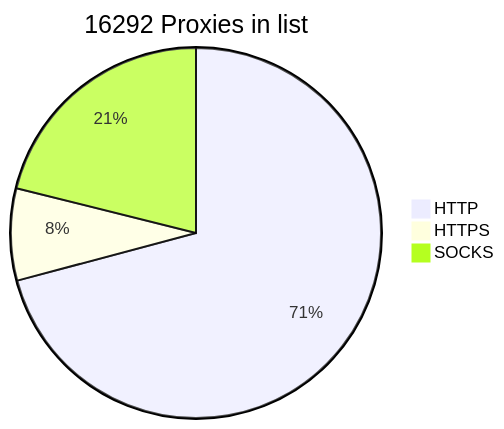
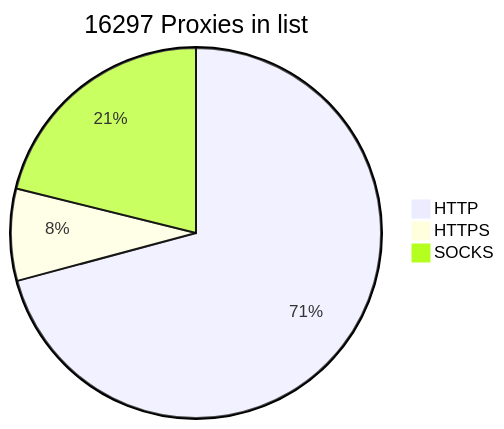
Before and after one commit to BlackSnowDot/proxylist-update-every-minute: the diagram in README.md, drawn with Mermaid.

````diff
--- a/README.md
+++ b/README.md
@@ -2,6 +2,6 @@
 ```mermaid
-pie title 16292 Proxies in list
+pie title 16297 Proxies in list
     "HTTP" : 11767
     "HTTPS": 1335
-    "SOCKS" : 3505
+    "SOCKS" : 3510
 ```
````
